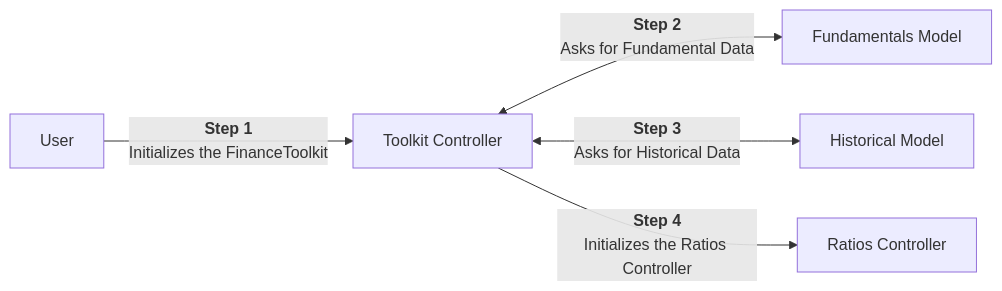
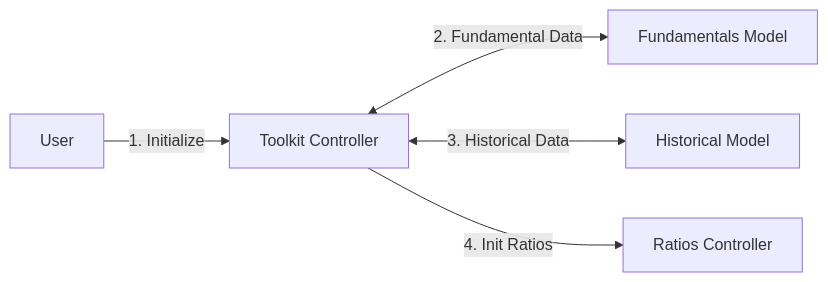
One commit to JerBouma/jerbouma.github.io changed the seventh of 9 diagrams in _pages/coding/structuring-your-model.md. Above: the diagram before and after it, drawn with Mermaid. The commit also changed other lines of this file and 83 other files, not shown here.

```diff
--- a/_pages/coding/structuring-your-model.md
+++ b/_pages/coding/structuring-your-model.md
@@ -192,8 +192,8 @@
 <div class="mermaid">
 flowchart LR;
 
-Step0["User"]-- <b>Step 1<br></b>Initializes the FinanceToolkit -->  Step1["Toolkit Controller"]
-Step1["Toolkit Controller"] <-- <b>Step 2<br></b>Asks for Fundamental Data --> Step2a["Fundamentals Model"]
-Step1["Toolkit Controller"] <-- <b>Step 3<br></b>Asks for Historical Data --> Step2b["Historical Model"]
-Step1["Toolkit Controller"] -- <b>Step 4<br></b>Initializes the Ratios Controller --> Step3["Ratios Controller"]
+Step0["User"] -- "1. Initialize" -->  Step1["Toolkit Controller"]
+Step1["Toolkit Controller"] <-- "2. Fundamental Data" --> Step2a["Fundamentals Model"]
+Step1["Toolkit Controller"] <-- "3. Historical Data" --> Step2b["Historical Model"]
+Step1["Toolkit Controller"] -- "4. Init Ratios" --> Step3["Ratios Controller"]
 </div>
```
